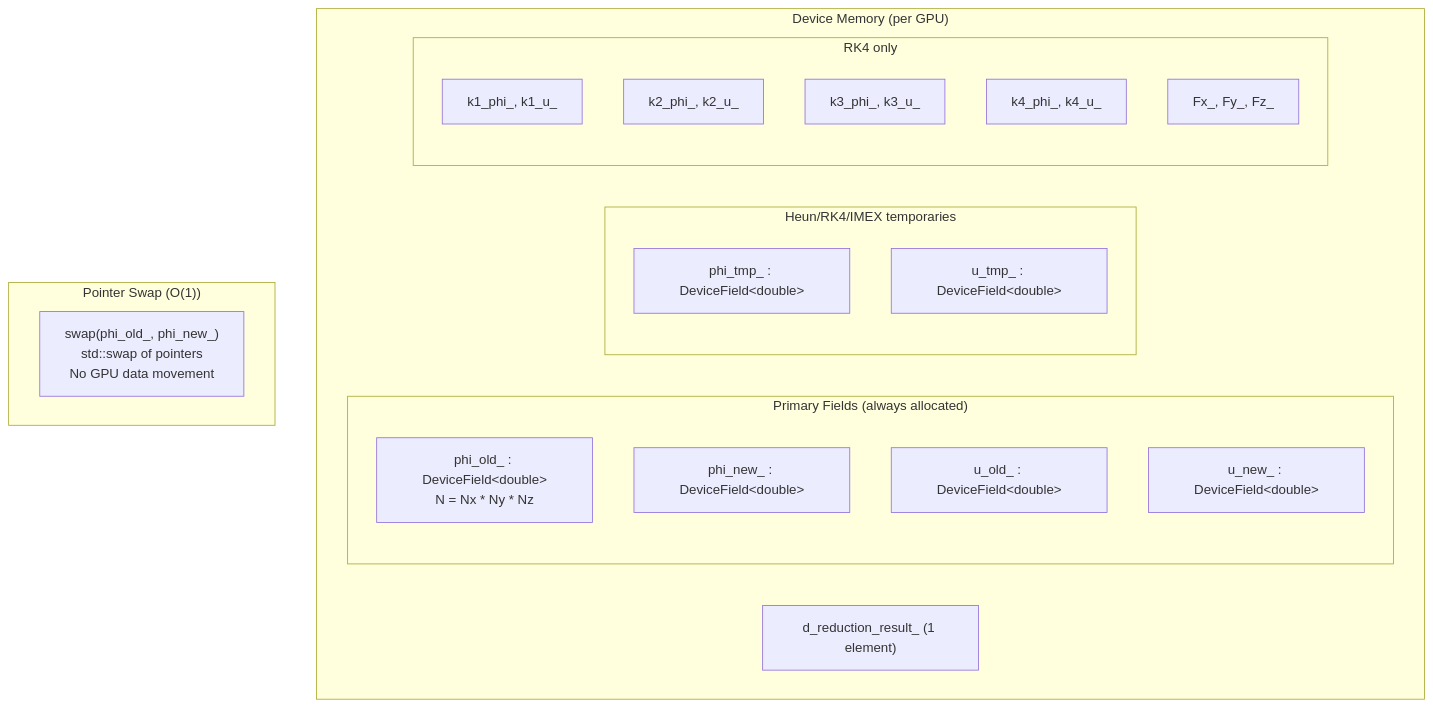
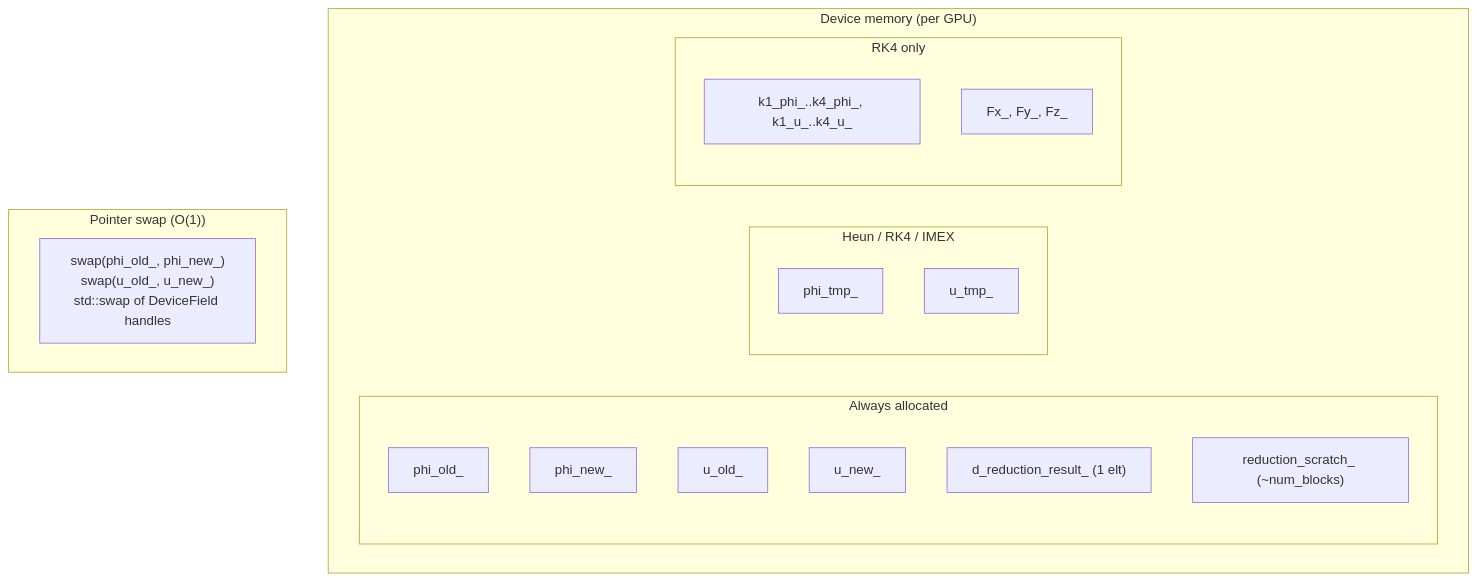
One commit to myousefi2016/Allen-Cahn-CUDA changed the fifth of 9 diagrams in docs/ARCHITECTURE.md. Above: the diagram before and after it, drawn with Mermaid. The commit also changed other lines of this file and 3 other files, not shown here.

First line of the commit message:
Documentation: rewrite README, ARCHITECTURE, DESIGN, THEORY for full code parity

````diff
--- a/docs/ARCHITECTURE.md
+++ b/docs/ARCHITECTURE.md
@@ -191,30 +262,24 @@
 ```mermaid
 graph TB
-    subgraph "Device Memory (per GPU)"
-        subgraph "Primary Fields (always allocated)"
-            phi_old["phi_old_ : DeviceField&lt;double&gt;<br/>N = Nx * Ny * Nz"]
-            phi_new["phi_new_ : DeviceField&lt;double&gt;"]
-            u_old["u_old_ : DeviceField&lt;double&gt;"]
-            u_new["u_new_ : DeviceField&lt;double&gt;"]
+    subgraph DeviceMem["Device memory (per GPU)"]
+        subgraph Always["Always allocated"]
+            phi_old["phi_old_"]
+            phi_new["phi_new_"]
+            u_old["u_old_"]
+            u_new["u_new_"]
+            redr["d_reduction_result_ (1 elt)"]
+            reds["reduction_scratch_ (~num_blocks)"]
         end
-
-        subgraph "Heun/RK4/IMEX temporaries"
-            phi_tmp["phi_tmp_ : DeviceField&lt;double&gt;"]
-            u_tmp["u_tmp_ : DeviceField&lt;double&gt;"]
+        subgraph HRI["Heun / RK4 / IMEX"]
+            phi_tmp["phi_tmp_"]
+            u_tmp["u_tmp_"]
         end
-
-        subgraph "RK4 only"
-            k1["k1_phi_, k1_u_"]
-            k2["k2_phi_, k2_u_"]
-            k3["k3_phi_, k3_u_"]
-            k4["k4_phi_, k4_u_"]
-            F["Fx_, Fy_, Fz_"]
+        subgraph RK4Only["RK4 only"]
+            ks["k1_phi_..k4_phi_, k1_u_..k4_u_"]
+            Fs["Fx_, Fy_, Fz_"]
         end
-
-        red["d_reduction_result_ (1 element)"]
     end
-
-    subgraph "Pointer Swap (O(1))"
-        swap["swap(phi_old_, phi_new_)<br/>std::swap of pointers<br/>No GPU data movement"]
+    subgraph Swap["Pointer swap (O(1))"]
+        sw["swap(phi_old_, phi_new_)<br/>swap(u_old_, u_new_)<br/>std::swap of DeviceField handles"]
     end
 ```
````
